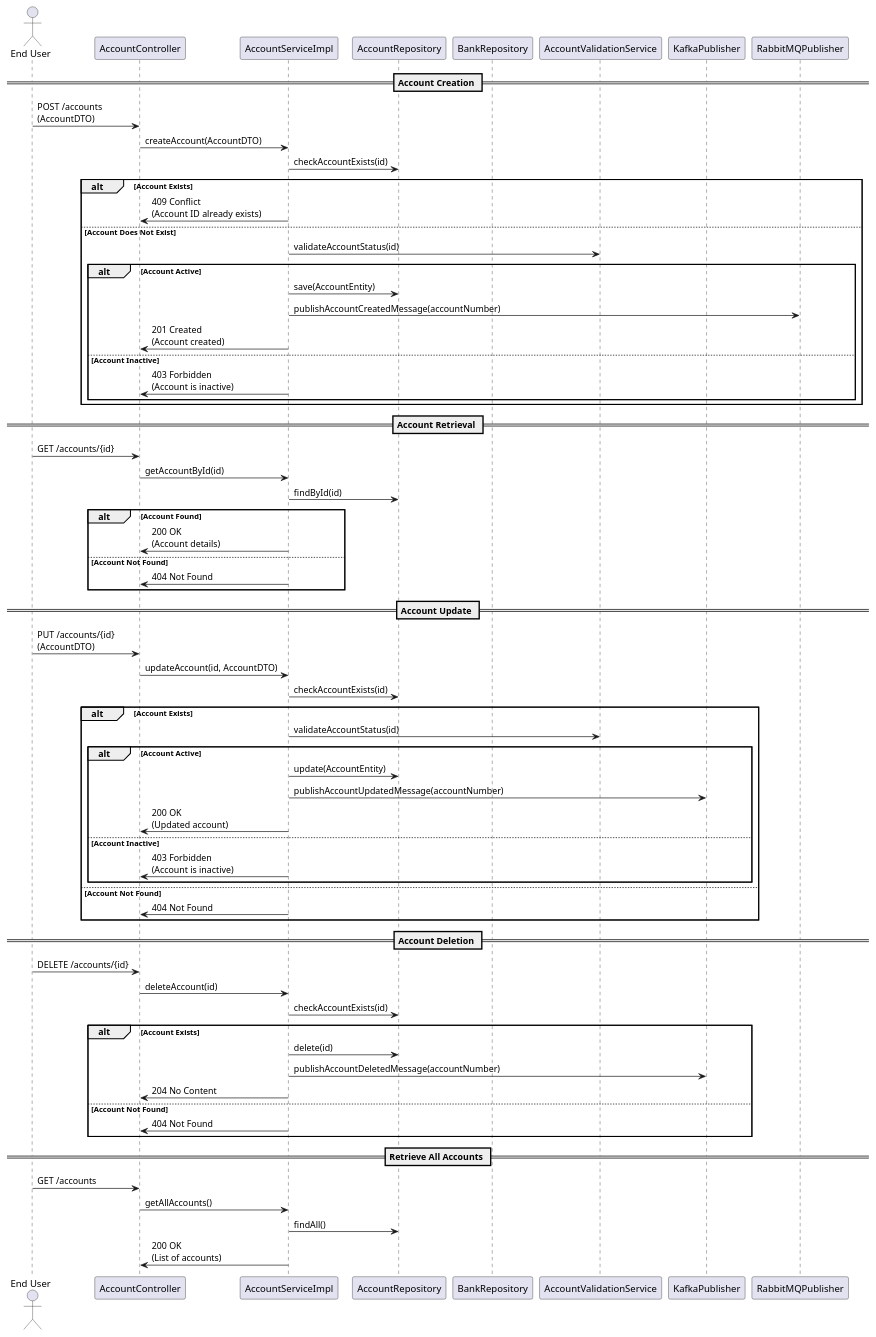
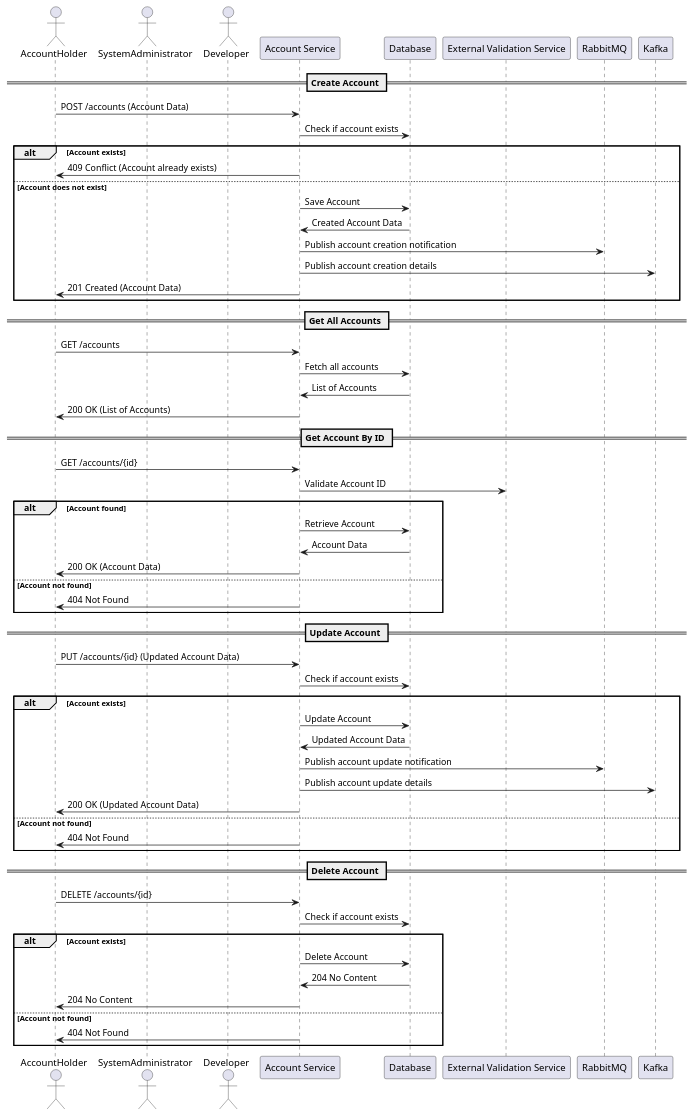
Before and after one commit to Bhaskar-Pavan/AccountService: the diagram in design_document/Account_service.md, drawn with PlantUML. The commit also changed other lines of this file, not shown here.

````diff
--- a/design_document/Account_service.md
+++ b/design_document/Account_service.md
@@ -48,75 +37,68 @@
 ```plantuml
 @startuml
-actor "End User" as User
-participant "AccountController" as Controller
-participant "AccountServiceImpl" as Service
-participant "AccountRepository" as AccountRepo
-participant "BankRepository" as BankRepo
-participant "AccountValidationService" as ValidationService
-participant "KafkaPublisher" as Kafka
-participant "RabbitMQPublisher" as RabbitMQ
 
-== Account Creation ==
-User -> Controller: POST /accounts\n(AccountDTO)
-Controller -> Service: createAccount(AccountDTO)
-Service -> AccountRepo: checkAccountExists(id)
-alt Account Exists
-    Service -> Controller: 409 Conflict\n(Account ID already exists)
-else Account Does Not Exist
-    Service -> ValidationService: validateAccountStatus(id)
-    alt Account Active
-        Service -> AccountRepo: save(AccountEntity)
-        Service -> RabbitMQ: publishAccountCreatedMessage(accountNumber)
-        Service -> Controller: 201 Created\n(Account created)
-    else Account Inactive
-        Service -> Controller: 403 Forbidden\n(Account is inactive)
-    end
+actor AccountHolder
+actor SystemAdministrator
+actor Developer
+participant "Account Service" as AccountService
+participant "Database" as Database
+participant "External Validation Service" as ExternalService
+participant "RabbitMQ" as RabbitMQ
+participant "Kafka" as Kafka
+
+== Create Account ==
+AccountHolder -> AccountService: POST /accounts (Account Data)
+AccountService -> Database: Check if account exists
+alt Account exists
+    AccountService -> AccountHolder: 409 Conflict (Account already exists)
+else Account does not exist
+    AccountService -> Database: Save Account
+    Database -> AccountService: Created Account Data
+    AccountService -> RabbitMQ: Publish account creation notification
+    AccountService -> Kafka: Publish account creation details
+    AccountService -> AccountHolder: 201 Created (Account Data)
 end
 
-== Account Retrieval ==
-User -> Controller: GET /accounts/{id}
-Controller -> Service: getAccountById(id)
-Service -> AccountRepo: findById(id)
-alt Account Found
-    Service -> Controller: 200 OK\n(Account details)
-else Account Not Found
-    Service -> Controller: 404 Not Found
+== Get All Accounts ==
+AccountHolder -> AccountService: GET /accounts
+AccountService -> Database: Fetch all accounts
+Database -> AccountService: List of Accounts
+AccountService -> AccountHolder: 200 OK (List of Accounts)
+
+== Get Account By ID ==
+AccountHolder -> AccountService: GET /accounts/{id}
+AccountService -> ExternalService: Validate Account ID
+alt Account found
+    AccountService -> Database: Retrieve Account
+    Database -> AccountService: Account Data
+    AccountService -> AccountHolder: 200 OK (Account Data)
+else Account not found
+    AccountService -> AccountHolder: 404 Not Found
 end
 
-== Account Update ==
-User -> Controller: PUT /accounts/{id}\n(AccountDTO)
-Controller -> Service: updateAccount(id, AccountDTO)
-Service -> AccountRepo: checkAccountExists(id)
-alt Account Exists
-    Service -> ValidationService: validateAccountStatus(id)
-    alt Account Active
-        Service -> AccountRepo: update(AccountEntity)
-        Service -> Kafka: publishAccountUpdatedMessage(accountNumber)
-        Service -> Controller: 200 OK\n(Updated account)
-    else Account Inactive
-        Service -> Controller: 403 Forbidden\n(Account is inactive)
-    end
-else Account Not Found
-    Service -> Controller: 404 Not Found
+== Update Account ==
+AccountHolder -> AccountService: PUT /accounts/{id} (Updated Account Data)
+AccountService -> Database: Check if account exists
+alt Account exists
+    AccountService -> Database: Update Account
+    Database -> AccountService: Updated Account Data
+    AccountService -> RabbitMQ: Publish account update notification
+    AccountService -> Kafka: Publish account update details
+    AccountService -> AccountHolder: 200 OK (Updated Account Data)
+else Account not found
+    AccountService -> AccountHolder: 404 Not Found
 end
 
-== Account Deletion ==
-User -> Controller: DELETE /accounts/{id}
-Controller -> Service: deleteAccount(id)
-Service -> AccountRepo: checkAccountExists(id)
-alt Account Exists
-    Service -> AccountRepo: delete(id)
-    Service -> Kafka: publishAccountDeletedMessage(accountNumber)
-    Service -> Controller: 204 No Content
-else Account Not Found
-    Service -> Controller: 404 Not Found
+== Delete Account ==
+AccountHolder -> AccountService: DELETE /accounts/{id}
+AccountService -> Database: Check if account exists
+alt Account exists
+    AccountService -> Database: Delete Account
+    Database -> AccountService: 204 No Content
+    AccountService -> AccountHolder: 204 No Content
+else Account not found
+    AccountService -> AccountHolder: 404 Not Found
 end
-
-== Retrieve All Accounts ==
-User -> Controller: GET /accounts
-Controller -> Service: getAllAccounts()
-Service -> AccountRepo: findAll()
-Service -> Controller: 200 OK\n(List of accounts)
 
 @enduml
 ```
````
